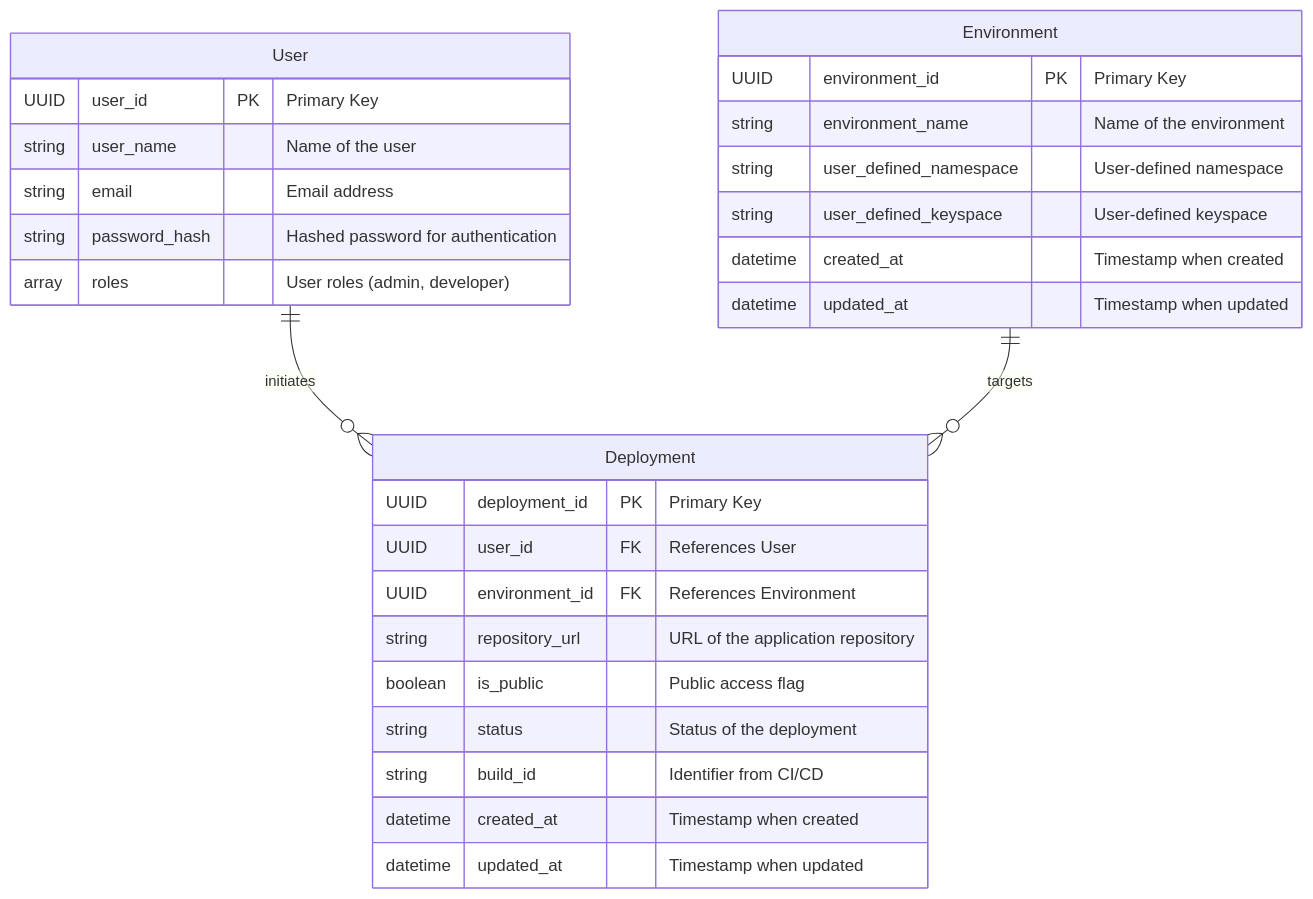
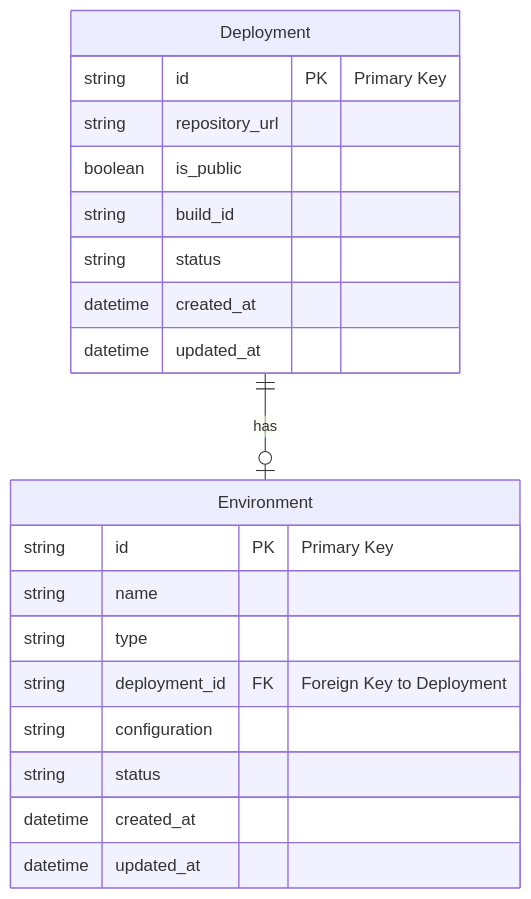
The first of 2 diagrams in entity/entities_design.md (Ksenniya/quart-client-template), drawn with Mermaid before and after one commit. The commit also changed other lines of this file, not shown here.

````diff
--- a/entity/entities_design.md
+++ b/entity/entities_design.md
@@ -35,34 +30,25 @@
 ```mermaid
 erDiagram
-    User {
-        UUID user_id PK "Primary Key"
-        string user_name "Name of the user"
-        string email "Email address"
-        string password_hash "Hashed password for authentication"
-        array roles "User roles (admin, developer)"
-    }
-
     Deployment {
-        UUID deployment_id PK "Primary Key"
-        UUID user_id FK "References User"
-        UUID environment_id FK "References Environment"
-        string repository_url "URL of the application repository"
-        boolean is_public "Public access flag"
-        string status "Status of the deployment"
-        string build_id "Identifier from CI/CD"
-        datetime created_at "Timestamp when created"
-        datetime updated_at "Timestamp when updated"
+        string id PK "Primary Key"
+        string repository_url
+        boolean is_public
+        string build_id
+        string status
+        datetime created_at
+        datetime updated_at
     }
 
     Environment {
-        UUID environment_id PK "Primary Key"
-        string environment_name "Name of the environment"
-        string user_defined_namespace "User-defined namespace"
-        string user_defined_keyspace "User-defined keyspace"
-        datetime created_at "Timestamp when created"
-        datetime updated_at "Timestamp when updated"
+        string id PK "Primary Key"
+        string name
+        string type
+        string deployment_id FK "Foreign Key to Deployment"
+        string configuration
+        string status
+        datetime created_at
+        datetime updated_at
     }
 
-    User ||--o{ Deployment : initiates
-    Environment ||--o{ Deployment : targets
+    Deployment ||--o| Environment : has
 ```
````
